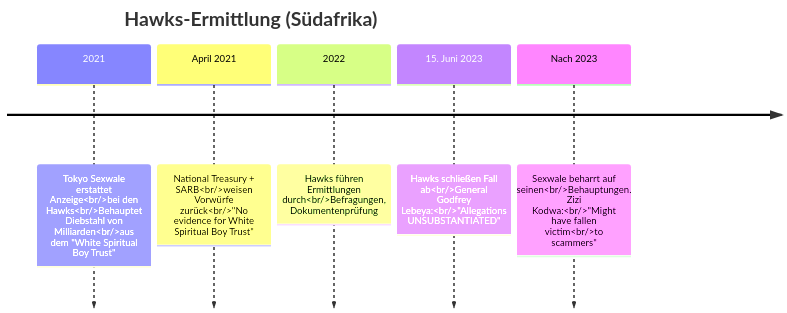
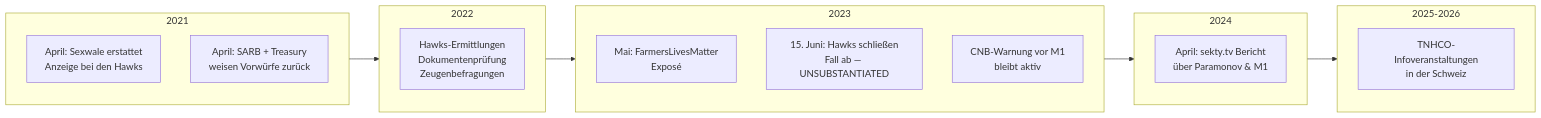
Before and after one commit to researchworldwide2026/tnhco: the first of 3 diagrams in ERMITTLUNGEN_WARNUNGEN.md, drawn with Mermaid. The commit also changed other lines of this file and 10 other files, not shown here.

First line of the commit message:
fix: repair all 24 Mermaid diagrams for VS Code compatibility

````diff
--- a/ERMITTLUNGEN_WARNUNGEN.md
+++ b/ERMITTLUNGEN_WARNUNGEN.md
@@ -23,9 +23,22 @@
 ```mermaid
-timeline
-    title Hawks-Ermittlung (Südafrika)
-    2021 : Tokyo Sexwale erstattet Anzeige<br/>bei den Hawks<br/>Behauptet Diebstahl von Milliarden<br/>aus dem "White Spiritual Boy Trust"
-    April 2021 : National Treasury + SARB<br/>weisen Vorwürfe zurück<br/>"No evidence for White Spiritual Boy Trust"
-    2022 : Hawks führen Ermittlungen durch<br/>Befragungen, Dokumentenprüfung
-    15. Juni 2023 : Hawks schließen Fall ab<br/>General Godfrey Lebeya:<br/>"Allegations UNSUBSTANTIATED"
-    Nach 2023 : Sexwale beharrt auf seinen<br/>Behauptungen. Zizi Kodwa:<br/>"Might have fallen victim<br/>to scammers"
+flowchart LR
+    subgraph Y2021["2021"]
+        A1["April: Sexwale erstattet<br/>Anzeige bei den Hawks"]
+        A2["April: SARB + Treasury<br/>weisen Vorwürfe zurück"]
+    end
+    subgraph Y2022["2022"]
+        B1["Hawks-Ermittlungen<br/>Dokumentenprüfung<br/>Zeugenbefragungen"]
+    end
+    subgraph Y2023["2023"]
+        C1["Mai: FarmersLivesMatter<br/>Exposé"]
+        C2["15. Juni: Hawks schließen<br/>Fall ab — UNSUBSTANTIATED"]
+        C3["CNB-Warnung vor M1<br/>bleibt aktiv"]
+    end
+    subgraph Y2024["2024"]
+        D1["April: sekty.tv Bericht<br/>über Paramonov & M1"]
+    end
+    subgraph Y2025["2025-2026"]
+        E1["TNHCO-Infoveranstaltungen<br/>in der Schweiz"]
+    end
+    Y2021 --> Y2022 --> Y2023 --> Y2024 --> Y2025
 ```
````
